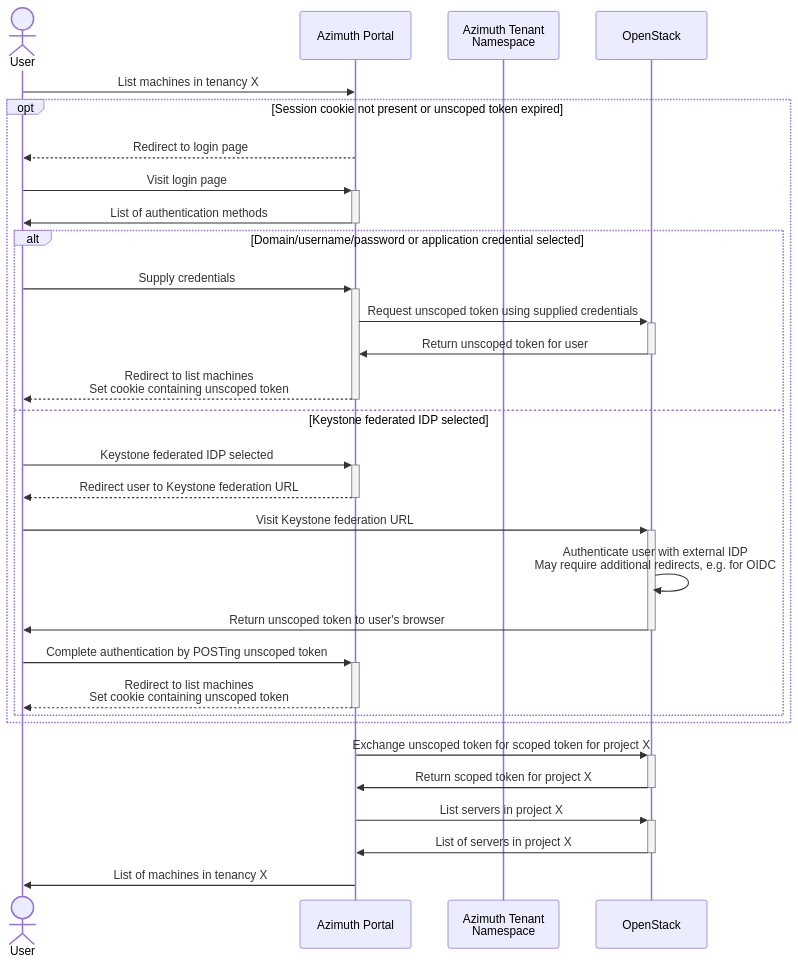
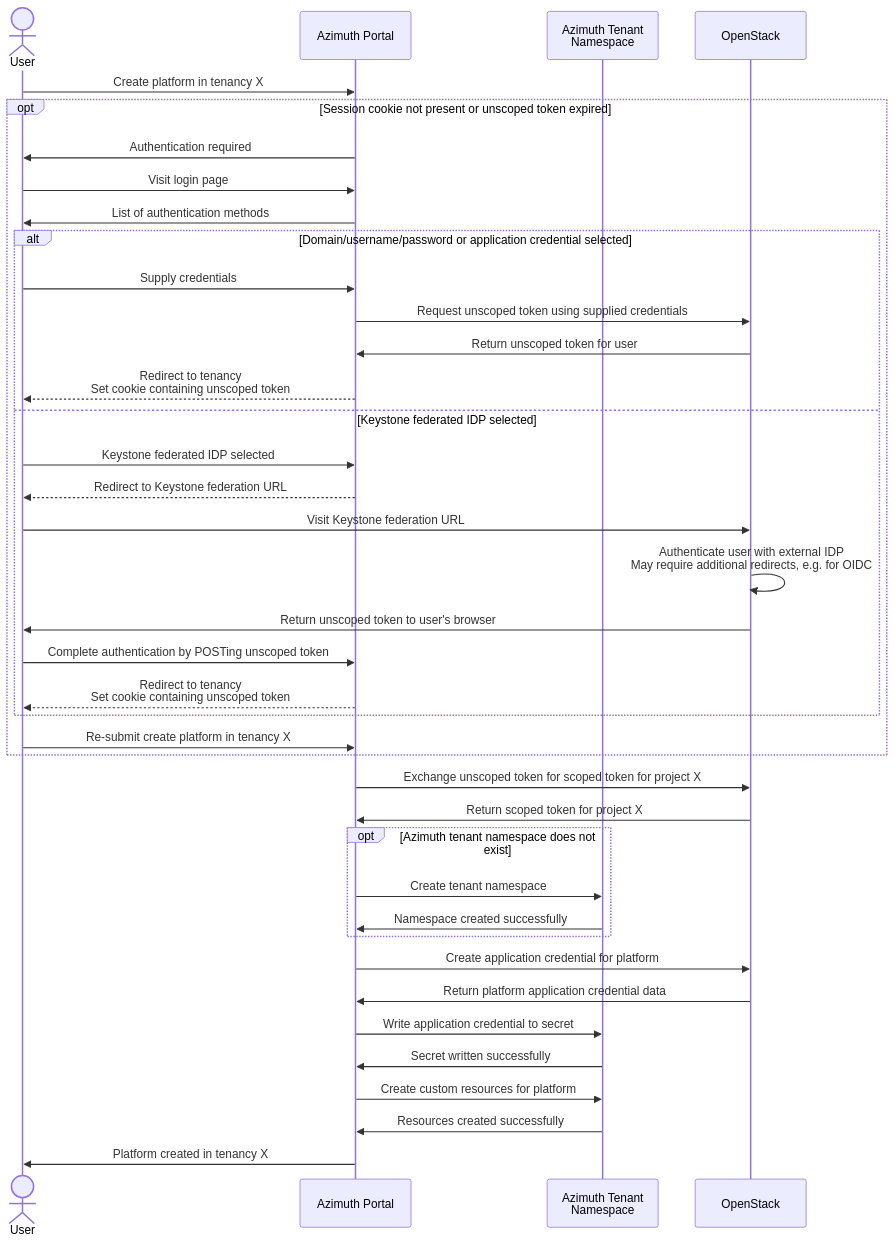
The first of 3 diagrams in docs/architecture/identity.md (azimuth-cloud/azimuth-config), drawn with Mermaid before and after one commit. The commit also changed other lines of this file, not shown here.

Commit message:
Add sequence diagram for OIDC flow

````diff
--- a/docs/architecture/identity.md
+++ b/docs/architecture/identity.md
@@ -83,33 +90,42 @@
 ```mermaid
 sequenceDiagram
   actor U as User
   participant A as Azimuth Portal
   participant N as Azimuth Tenant<br/>Namespace
   participant O as OpenStack
 
-  U ->> A: List machines in tenancy X
+  U ->> A: Create platform in tenancy X
   opt Session cookie not present or unscoped token expired
-    A -->> U: Redirect to login page
-    U ->>+ A: Visit login page
-    A ->>- U: List of authentication methods
+    A ->> U: Authentication required
+    U ->> A: Visit login page
+    A ->> U: List of authentication methods
     alt Domain/username/password or application credential selected
-      U ->>+ A: Supply credentials
-      A ->>+ O: Request unscoped token using supplied credentials
-      O ->>- A: Return unscoped token for user
-      A -->>- U: Redirect to list machines<br/>Set cookie containing unscoped token
+      U ->> A: Supply credentials
+      A ->> O: Request unscoped token using supplied credentials
+      O ->> A: Return unscoped token for user
+      A -->> U: Redirect to tenancy<br/>Set cookie containing unscoped token
     else Keystone federated IDP selected
-      U ->>+ A: Keystone federated IDP selected
-      A -->>- U: Redirect user to Keystone federation URL
-      U ->>+ O: Visit Keystone federation URL
+      U ->> A: Keystone federated IDP selected
+      A -->> U: Redirect to Keystone federation URL
+      U ->> O: Visit Keystone federation URL
       O ->> O: Authenticate user with external IDP<br/>May require additional redirects, e.g. for OIDC
-      O ->>- U: Return unscoped token to user's browser
-      U ->>+ A: Complete authentication by POSTing unscoped token
-      A -->>- U: Redirect to list machines<br/>Set cookie containing unscoped token
+      O ->> U: Return unscoped token to user's browser
+      U ->> A: Complete authentication by POSTing unscoped token
+      A -->> U: Redirect to tenancy<br/>Set cookie containing unscoped token
     end
+    U ->> A: Re-submit create platform in tenancy X
   end
-  A ->>+ O: Exchange unscoped token for scoped token for project X
-  O ->>- A: Return scoped token for project X
-  A ->>+ O: List servers in project X
-  O ->>- A: List of servers in project X
-  A ->> U: List of machines in tenancy X
+  A ->> O: Exchange unscoped token for scoped token for project X
+  O ->> A: Return scoped token for project X
+  opt Azimuth tenant namespace does not exist
+    A ->> N: Create tenant namespace
+    N ->> A: Namespace created successfully
+  end
+  A ->> O: Create application credential for platform
+  O ->> A: Return platform application credential data
+  A ->> N: Write application credential to secret
+  N ->> A: Secret written successfully
+  A ->> N: Create custom resources for platform
+  N ->> A: Resources created successfully
+  A ->> U: Platform created in tenancy X
 ```
````
